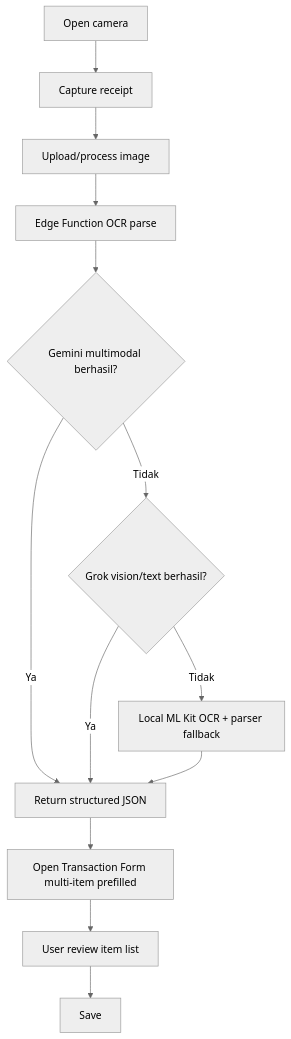
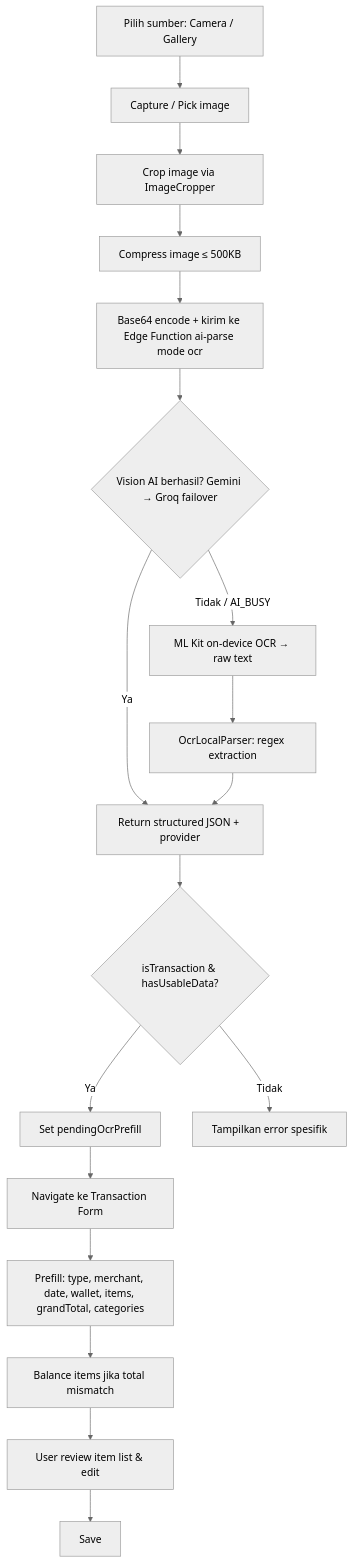
One commit to achyusuf10/Saku-Rapi-Mobile changed the fifth of 9 diagrams in docs/01_PRD.md. Above: the diagram before and after it, drawn with Mermaid (neutral theme). The commit also changed other lines of this file and 34 other files, not shown here.

````diff
--- a/docs/01_PRD.md
+++ b/docs/01_PRD.md
@@ -236,15 +245,20 @@
 ```mermaid
 flowchart TD
-    A[Open camera] --> B[Capture receipt]
-    B --> C[Upload/process image]
-    C --> D[Edge Function OCR parse]
-    D --> E{Gemini multimodal berhasil?}
-    E -->|Ya| H[Return structured JSON]
-    E -->|Tidak| F{Grok vision/text berhasil?}
-    F -->|Ya| H
-    F -->|Tidak| G[Local ML Kit OCR + parser fallback]
-    G --> H
-    H --> I[Open Transaction Form multi-item prefilled]
-    I --> J[User review item list]
-    J --> K[Save]
+    A[Pilih sumber: Camera / Gallery] --> B[Capture / Pick image]
+    B --> C[Crop image via ImageCropper]
+    C --> D[Compress image ≤ 500KB]
+    D --> E[Base64 encode + kirim ke Edge Function ai-parse mode ocr]
+    E --> F{Vision AI berhasil? Gemini → Groq failover}
+    F -->|Ya| I[Return structured JSON + provider]
+    F -->|Tidak / AI_BUSY| G[ML Kit on-device OCR → raw text]
+    G --> H[OcrLocalParser: regex extraction]
+    H --> I
+    I --> J{isTransaction & hasUsableData?}
+    J -->|Ya| K[Set pendingOcrPrefill]
+    J -->|Tidak| L[Tampilkan error spesifik]
+    K --> M[Navigate ke Transaction Form]
+    M --> N[Prefill: type, merchant, date, wallet, items, grandTotal, categories]
+    N --> O[Balance items jika total mismatch]
+    O --> P[User review item list & edit]
+    P --> Q[Save]
 ```
````
